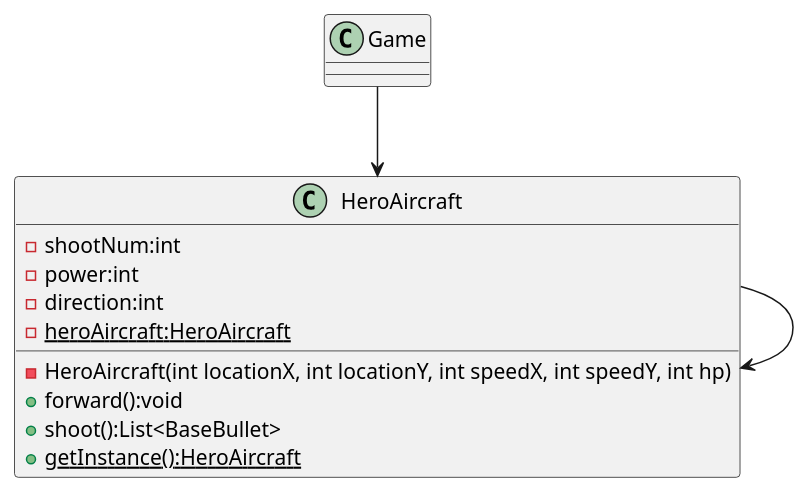
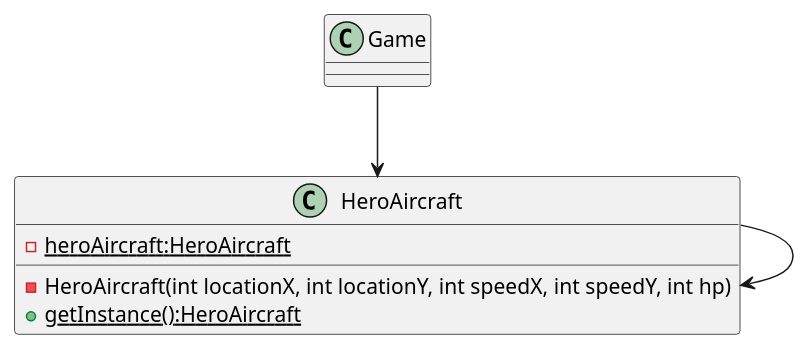
Before and after one commit to jirange/aircraft-war: the diagram in uml/exp2-单例模式UML类图.puml, drawn with PlantUML. The commit also changed 21 other files, not shown here.

```diff
--- a/uml/exp2-单例模式UML类图.puml
+++ b/uml/exp2-单例模式UML类图.puml
@@ -1,19 +1,13 @@
 @startuml
 'https://plantuml.com/sequence-diagram
 
 class HeroAircraft {
 '英雄机类
-    - shootNum:int
-    - power:int
-    - direction:int
     - {static} heroAircraft:HeroAircraft
     - HeroAircraft(int locationX, int locationY, int speedX, int speedY, int hp)
-    + forward():void
-    + shoot():List<BaseBullet>
     + {static} getInstance():HeroAircraft
-
 }
 HeroAircraft --> HeroAircraft
 Game --> HeroAircraft
 
 @enduml
```
